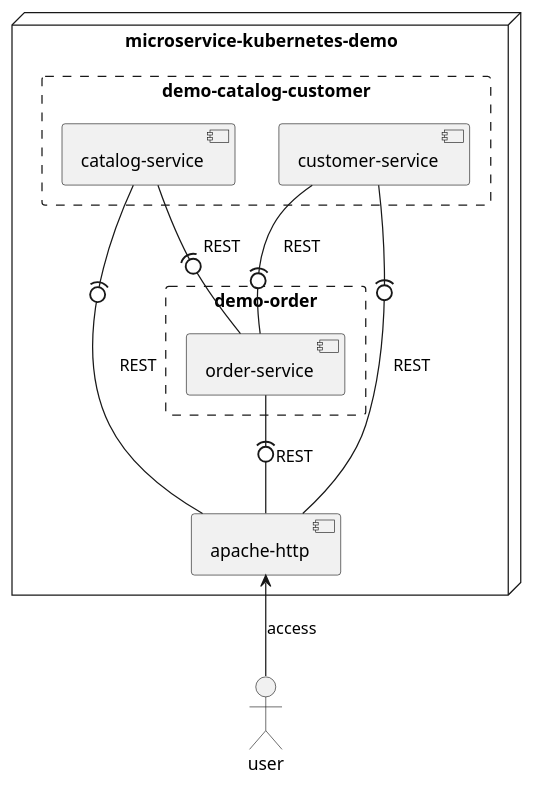
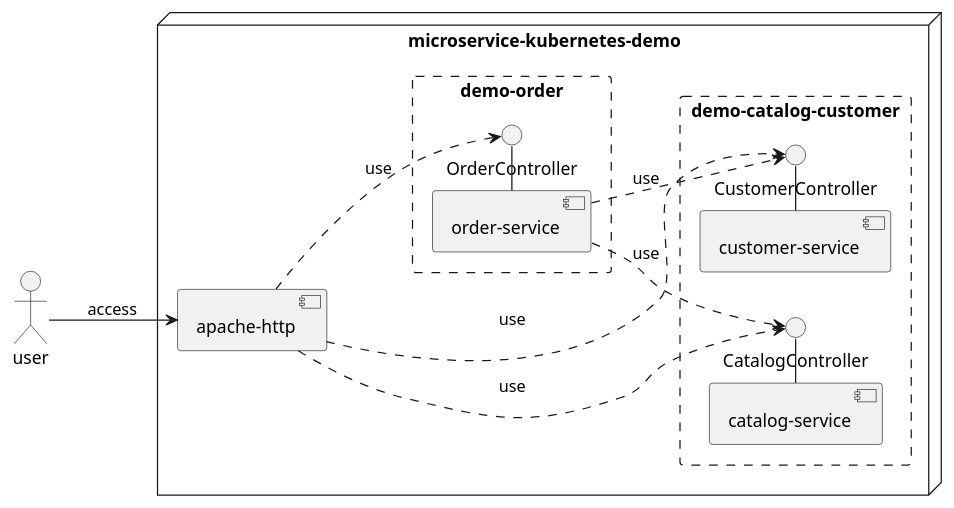
The diagram in microservice-kubernetes-demo.puml (TuncerCatalkaya/chaos-engineering-tools-examples), drawn with PlantUML before and after one commit. The commit also changed other lines of this file and 1 other file, not shown here.

Commit message:
updated component diagram again

```diff
--- a/microservice-kubernetes-demo.puml
+++ b/microservice-kubernetes-demo.puml
@@ -1,26 +1,36 @@
 @startuml
 'https://plantuml.com/component-diagram
-
+left to right direction
 actor user
 node "microservice-kubernetes-demo" {
     rectangle "demo-catalog-customer" as demoCatalogCustomer #line.dashed {
+        interface CatalogController as catalogController
+        interface CustomerController as customerController
+
         component "catalog-service" as catalogService
         component "customer-service" as customerService
     }
 
+
     rectangle "demo-order" as demoOrder #line.dashed {
+        interface OrderController as orderController
+
         component "order-service" as orderService
     }
 
     component "apache-http" as apacheHttp
 }
 
-user -up-> apacheHttp: access
+catalogService - catalogController
+orderService ..> catalogController: use
+apacheHttp ..> catalogController: use
 
-catalogService -(0- apacheHttp: REST
-customerService -(0- apacheHttp: REST
-orderService -(0- apacheHttp: REST
+customerService - customerController
+orderService ..> customerController: use
+apacheHttp ..> customerController: use
 
-catalogService -right(0- orderService: REST
-customerService -down(0- orderService: REST
+orderService - orderController
+apacheHttp ..> orderController: use
+
+user --> apacheHttp: access
 @enduml
```
